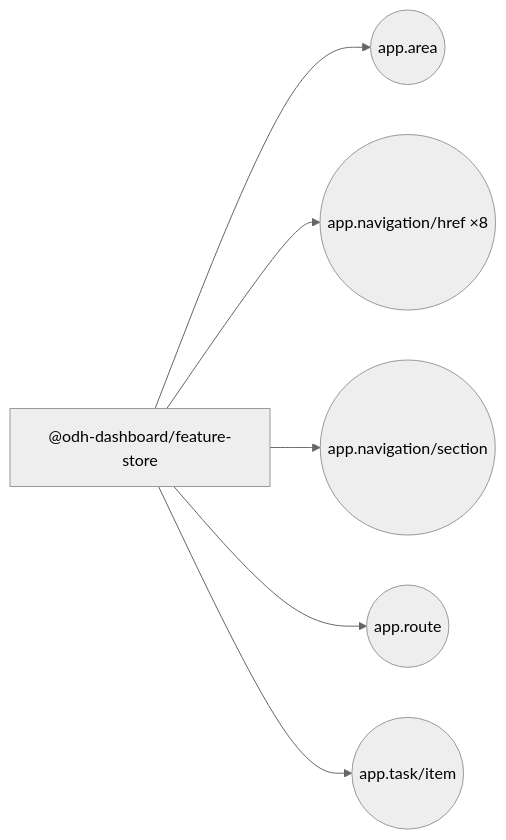
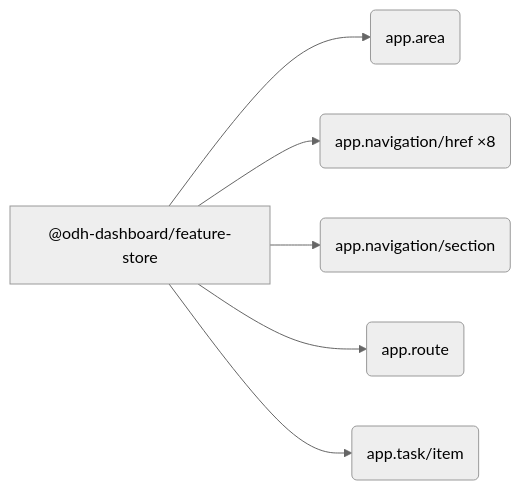
Before and after one commit to mturley/odh-dashboard: the diagram in packages/feature-store/docs/extensions.md, drawn with Mermaid (neutral theme). The commit also changed 24 other files, not shown here.

````diff
--- a/packages/feature-store/docs/extensions.md
+++ b/packages/feature-store/docs/extensions.md
@@ -15,14 +15,14 @@
 ```mermaid
 flowchart LR
   pkg_n__odh_dashboard_feature_store_e1f958["@odh-dashboard/feature-store"]
-  point_n_app_area_bcfe23(("app.area"))
+  point_n_app_area_bcfe23("app.area")
   pkg_n__odh_dashboard_feature_store_e1f958 --> point_n_app_area_bcfe23
-  point_n_app_navigation_href_67179c(("app.navigation/href ×8"))
+  point_n_app_navigation_href_67179c("app.navigation/href ×8")
   pkg_n__odh_dashboard_feature_store_e1f958 --> point_n_app_navigation_href_67179c
-  point_n_app_navigation_section_34ff18(("app.navigation/section"))
+  point_n_app_navigation_section_34ff18("app.navigation/section")
   pkg_n__odh_dashboard_feature_store_e1f958 --> point_n_app_navigation_section_34ff18
-  point_n_app_route_2735df(("app.route"))
+  point_n_app_route_2735df("app.route")
   pkg_n__odh_dashboard_feature_store_e1f958 --> point_n_app_route_2735df
-  point_n_app_task_item_001b33(("app.task/item"))
+  point_n_app_task_item_001b33("app.task/item")
   pkg_n__odh_dashboard_feature_store_e1f958 --> point_n_app_task_item_001b33
 ```
````
